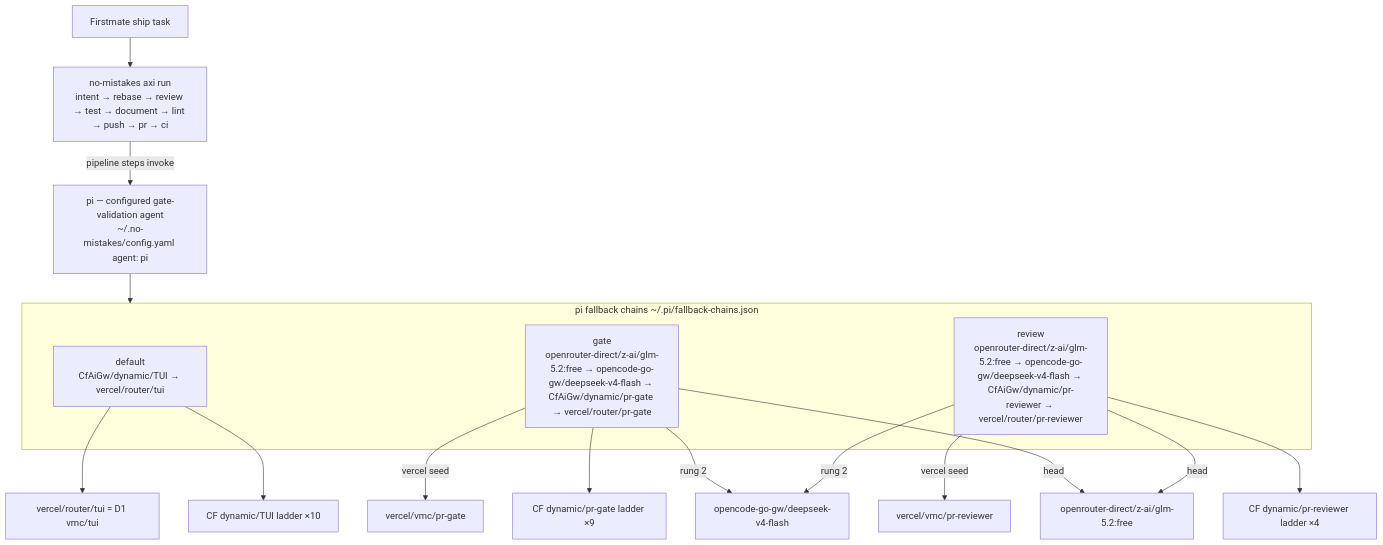
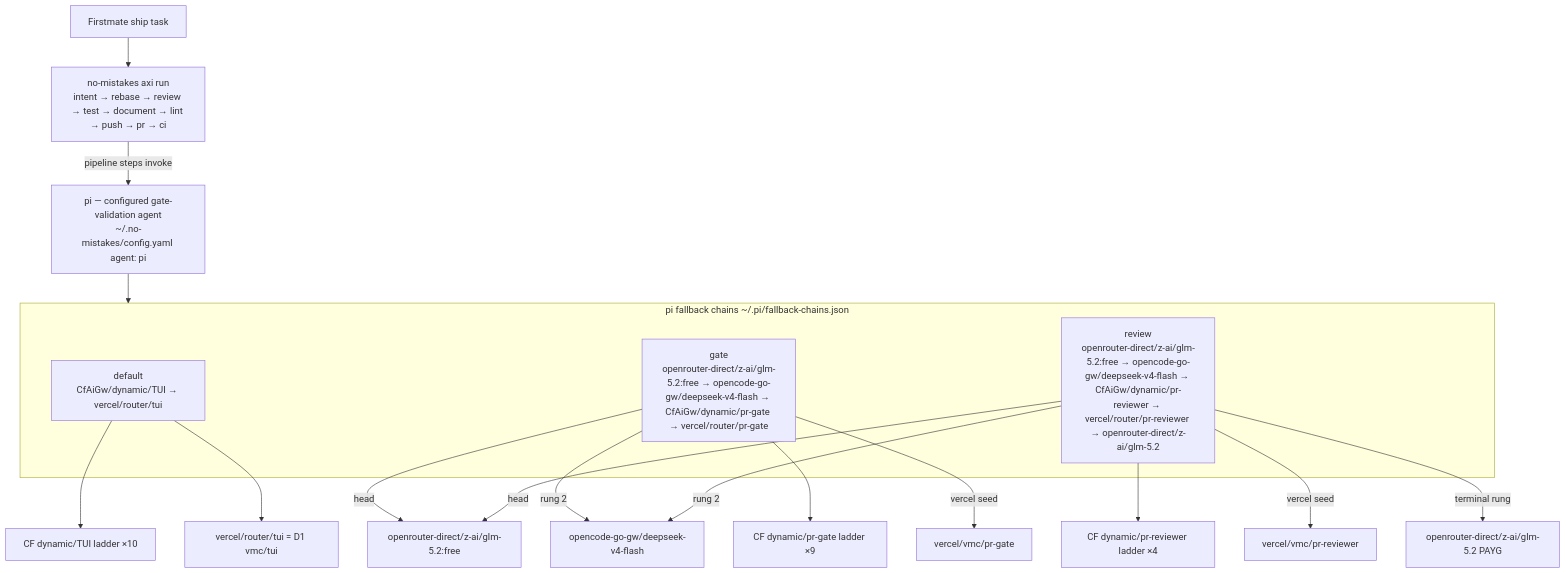
One commit to phillias/dotfiles changed the second of 2 diagrams in dot_agents/skills/provider-catalog/references/ROUTING_TOPOLOGY.md. Above: the diagram before and after it, drawn with Mermaid. The commit also changed other lines of this file and 4 other files, not shown here.

Commit message:
fix(pipeline): keep PAYG glm-5.2 terminal rung on review chain per captain

````diff
--- a/dot_agents/skills/provider-catalog/references/ROUTING_TOPOLOGY.md
+++ b/dot_agents/skills/provider-catalog/references/ROUTING_TOPOLOGY.md
@@ -81,24 +81,25 @@
 ```mermaid
 flowchart TD
     fm[Firstmate ship task]
     nm["no-mistakes axi run<br/>intent → rebase → review → test → document → lint → push → pr → ci"]
     fm --> nm
     pi["pi — configured gate-validation agent<br/>~/.no-mistakes/config.yaml agent: pi"]
     nm -->|pipeline steps invoke| pi
     subgraph chains[pi fallback chains ~/.pi/fallback-chains.json]
         DEF["default<br/>CfAiGw/dynamic/TUI → vercel/router/tui"]
         GATEC["gate<br/>openrouter-direct/z-ai/glm-5.2:free → opencode-go-gw/deepseek-v4-flash → CfAiGw/dynamic/pr-gate → vercel/router/pr-gate"]
-        REV2["review<br/>openrouter-direct/z-ai/glm-5.2:free → opencode-go-gw/deepseek-v4-flash → CfAiGw/dynamic/pr-reviewer → vercel/router/pr-reviewer"]
+        REV2["review<br/>openrouter-direct/z-ai/glm-5.2:free → opencode-go-gw/deepseek-v4-flash → CfAiGw/dynamic/pr-reviewer → vercel/router/pr-reviewer → openrouter-direct/z-ai/glm-5.2"]
     end
     pi --> chains
     GATEC -->|head| orglm[openrouter-direct/z-ai/glm-5.2:free]
     REV2 -->|head| orglm
     GATEC -->|rung 2| ogw[opencode-go-gw/deepseek-v4-flash]
     GATEC --> cfroute[CF dynamic/pr-gate ladder ×9]
     REV2 --> cfroute2[CF dynamic/pr-reviewer ladder ×4]
     DEF --> cfroute3[CF dynamic/TUI ladder ×10]
     GATEC -->|vercel seed| vg[vercel/vmc/pr-gate]
     REV2 -->|vercel seed| vr[vercel/vmc/pr-reviewer]
     REV2 -->|rung 2| ogw
+    REV2 -->|terminal rung| payg[openrouter-direct/z-ai/glm-5.2 PAYG]
     DEF --> vtui[vercel/router/tui = D1 vmc/tui]
 ```
````
